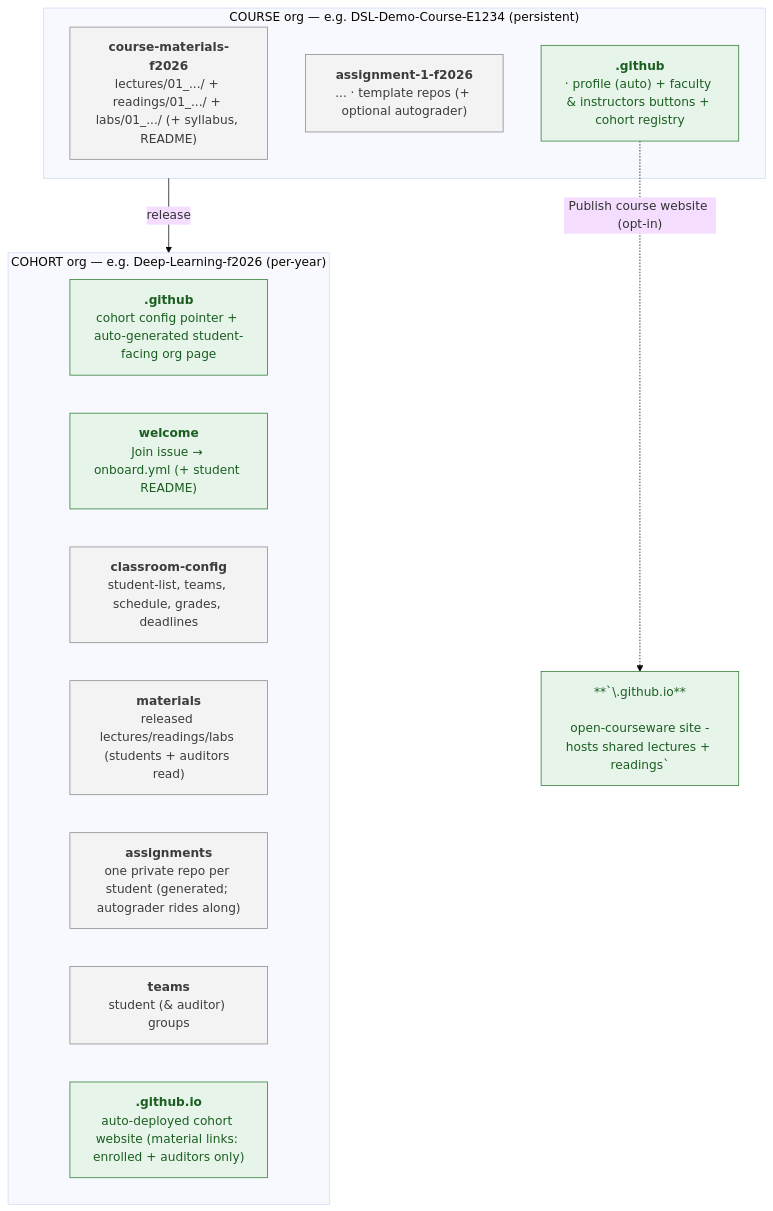
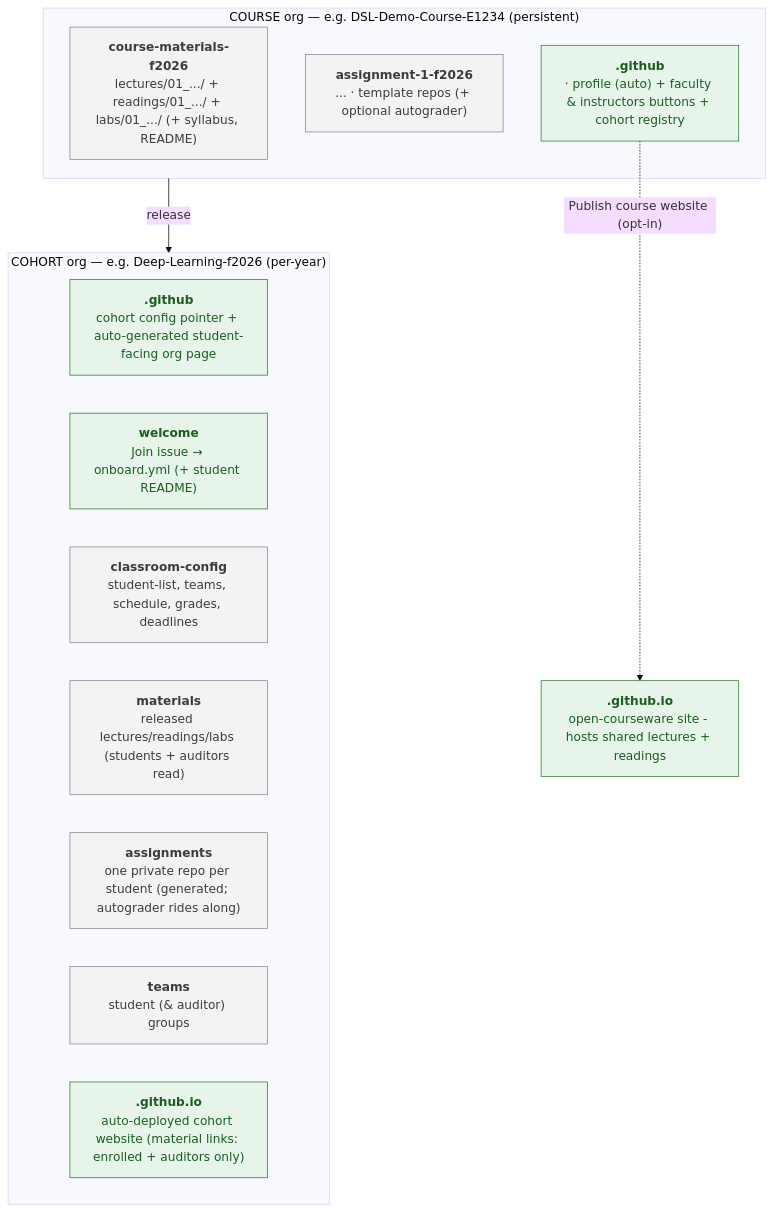
The diagram in README.md (hertie-data-science-lab/dsl-teaching-course-setup), drawn with Mermaid (base theme) before and after one commit. The commit also changed other lines of this file, not shown here.

Commit message:
docs(readme): fix pub node label, link and typos

````diff
--- a/README.md
+++ b/README.md
@@ -52,50 +52,50 @@
 ```mermaid
 flowchart TB
   subgraph COURSE["COURSE org — e.g. DSL-Demo-Course-E1234 (persistent)"]
     mat["`**course-materials-f2026**
 
 lectures/01_.../ + readings/01_.../ + labs/01_.../ (+ syllabus, README)`"]
     tmpl["`**assignment-1-f2026**
 
 ... · template repos (+ optional autograder)`"]
     gh["`**.github**
 
 · profile (auto) + faculty & instructors buttons + cohort registry`"]
   end
 
   subgraph COHORT["COHORT org — e.g. Deep-Learning-f2026 (per-year)"]
     cgh["`**.github**
 
 cohort config pointer + auto-generated student-facing org page`"]
     welcome["`**welcome**
 
 Join issue → onboard.yml (+ student README)`"]
     cfg["`**classroom-config**
 
 student-list, teams, schedule, grades, deadlines`"]
     cmat["`**materials**
 
 released lectures/readings/labs (students + auditors read)`"]
     repos["`**assignments**
 
 one private repo per student (generated; autograder rides along)`"]
     team["`**teams**
 
 student (& auditor) groups`"]
     site["`**<cohort>.github.io**
 
 auto-deployed cohort website (material links: enrolled + auditors only)`"]
   end
 
-  pub["**`\<course-org\>.github.io**
+  pub["`**<course-org>.github.io**
 
- open-courseware site - hosts shared lectures + readings`"]
+open-courseware site - hosts shared lectures + readings`"]
 
   COURSE -->|"release"| COHORT
   gh -.->|"Publish course website (opt-in)"| pub
 
   classDef public fill:#e6f4ea,stroke:#2e7d32,color:#1b5e20;
   classDef private fill:#f3f3f3,stroke:#8a8a8a,color:#3c3c3c;
   class gh,cgh,welcome,site,pub public;
   class mat,tmpl,cfg,cmat,repos,team private;
 ```
````
